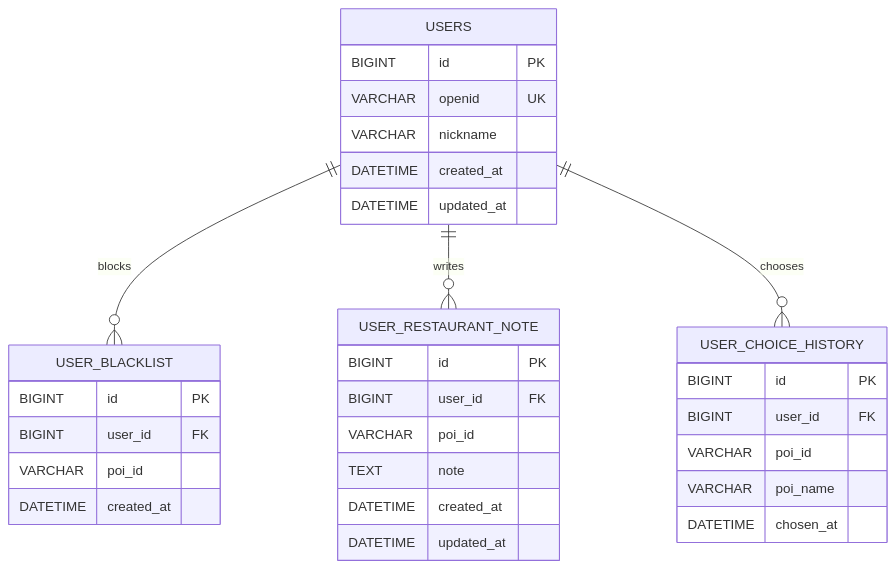
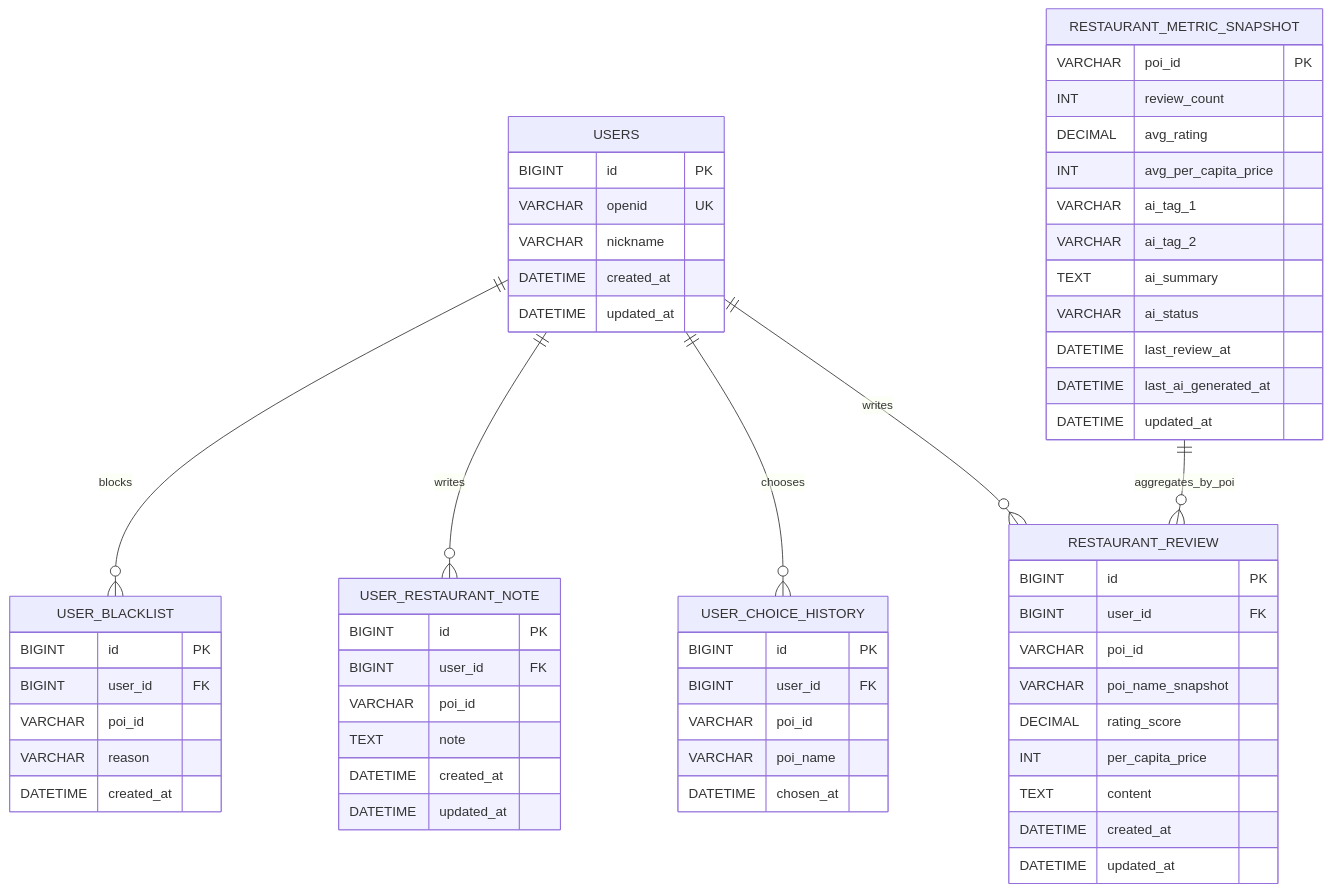
One commit to Ryan041001/WhatToEat changed the diagram in docs/database.md. Above: the diagram before and after it, drawn with Mermaid. The commit also changed other lines of this file and 77 other files, not shown here.

````diff
--- a/docs/database.md
+++ b/docs/database.md
@@ -15,38 +21,67 @@
 ```mermaid
 erDiagram
     USERS ||--o{ USER_BLACKLIST : blocks
     USERS ||--o{ USER_RESTAURANT_NOTE : writes
     USERS ||--o{ USER_CHOICE_HISTORY : chooses
+    USERS ||--o{ RESTAURANT_REVIEW : writes
+    RESTAURANT_METRIC_SNAPSHOT ||--o{ RESTAURANT_REVIEW : aggregates_by_poi
 
     USERS {
       BIGINT id PK
       VARCHAR openid UK
       VARCHAR nickname
       DATETIME created_at
       DATETIME updated_at
     }
 
     USER_BLACKLIST {
       BIGINT id PK
       BIGINT user_id FK
       VARCHAR poi_id
+      VARCHAR reason
       DATETIME created_at
     }
 
     USER_RESTAURANT_NOTE {
       BIGINT id PK
       BIGINT user_id FK
       VARCHAR poi_id
       TEXT note
       DATETIME created_at
       DATETIME updated_at
     }
 
     USER_CHOICE_HISTORY {
       BIGINT id PK
       BIGINT user_id FK
       VARCHAR poi_id
       VARCHAR poi_name
       DATETIME chosen_at
     }
+
+    RESTAURANT_REVIEW {
+      BIGINT id PK
+      BIGINT user_id FK
+      VARCHAR poi_id
+      VARCHAR poi_name_snapshot
+      DECIMAL rating_score
+      INT per_capita_price
+      TEXT content
+      DATETIME created_at
+      DATETIME updated_at
+    }
+
+    RESTAURANT_METRIC_SNAPSHOT {
+      VARCHAR poi_id PK
+      INT review_count
+      DECIMAL avg_rating
+      INT avg_per_capita_price
+      VARCHAR ai_tag_1
+      VARCHAR ai_tag_2
+      TEXT ai_summary
+      VARCHAR ai_status
+      DATETIME last_review_at
+      DATETIME last_ai_generated_at
+      DATETIME updated_at
+    }
 ```
````
